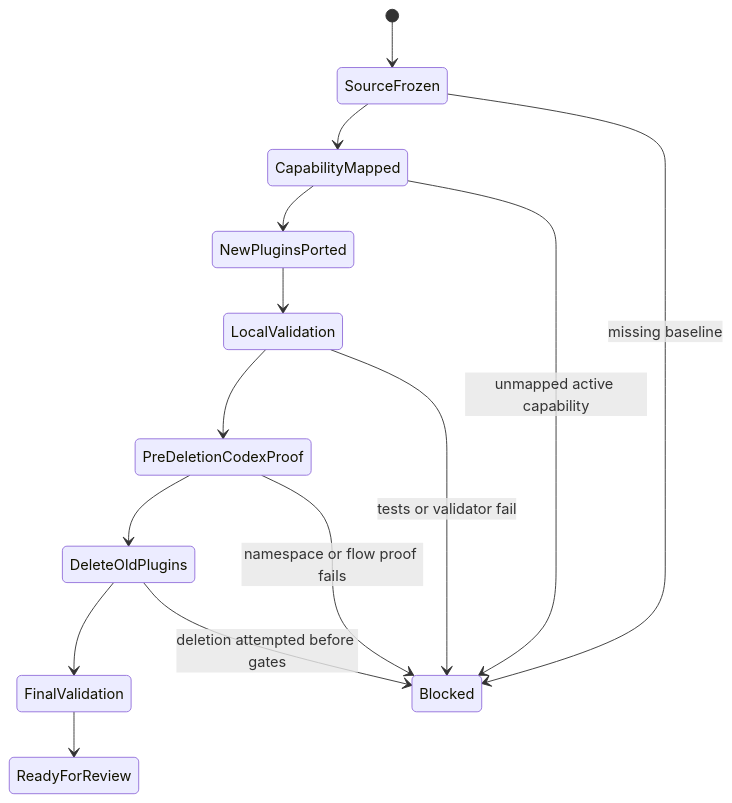
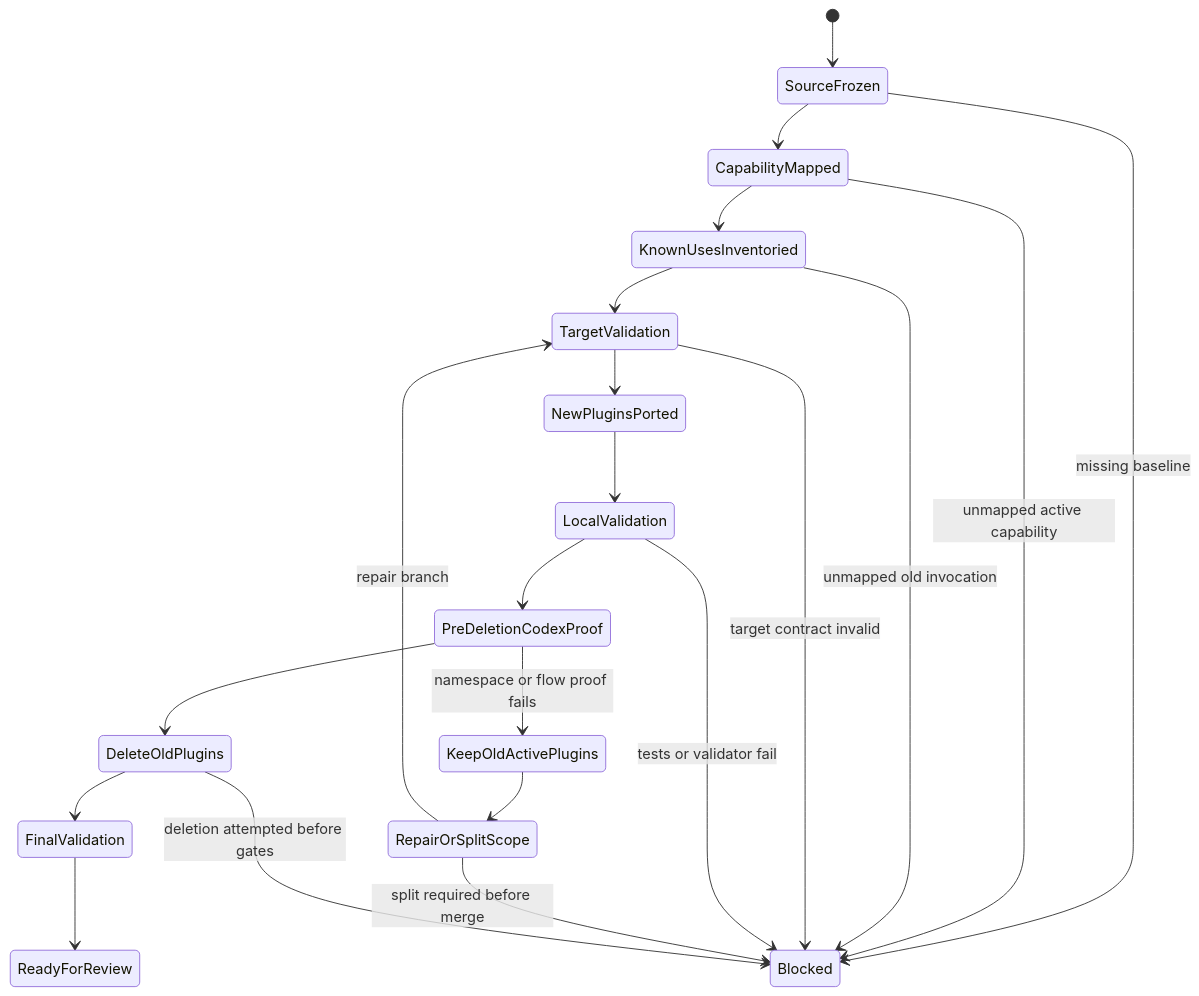
One commit to infiquetra/infiquetra-codex-plugins changed the second of 4 diagrams in docs/plans/2026-06-06-001-feat-saga-family-replacement-plan.md. Above: the diagram before and after it, drawn with Mermaid. The commit also changed other lines of this file, not shown here.

````diff
--- a/docs/plans/2026-06-06-001-feat-saga-family-replacement-plan.md
+++ b/docs/plans/2026-06-06-001-feat-saga-family-replacement-plan.md
@@ -182,17 +215,24 @@
 ```mermaid
 stateDiagram-v2
   [*] --> SourceFrozen
   SourceFrozen --> CapabilityMapped
-  CapabilityMapped --> NewPluginsPorted
+  CapabilityMapped --> KnownUsesInventoried
+  KnownUsesInventoried --> TargetValidation
+  TargetValidation --> NewPluginsPorted
   NewPluginsPorted --> LocalValidation
   LocalValidation --> PreDeletionCodexProof
   PreDeletionCodexProof --> DeleteOldPlugins
   DeleteOldPlugins --> FinalValidation
   FinalValidation --> ReadyForReview
 
   SourceFrozen --> Blocked: missing baseline
   CapabilityMapped --> Blocked: unmapped active capability
+  KnownUsesInventoried --> Blocked: unmapped old invocation
+  TargetValidation --> Blocked: target contract invalid
   LocalValidation --> Blocked: tests or validator fail
-  PreDeletionCodexProof --> Blocked: namespace or flow proof fails
+  PreDeletionCodexProof --> KeepOldActivePlugins: namespace or flow proof fails
+  KeepOldActivePlugins --> RepairOrSplitScope
+  RepairOrSplitScope --> TargetValidation: repair branch
+  RepairOrSplitScope --> Blocked: split required before merge
   DeleteOldPlugins --> Blocked: deletion attempted before gates
 ```
````
